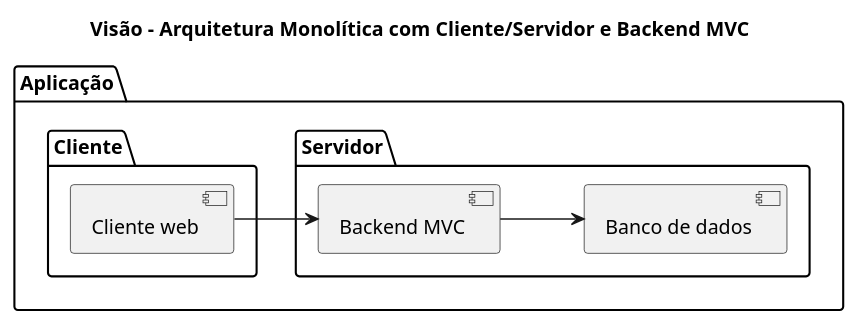
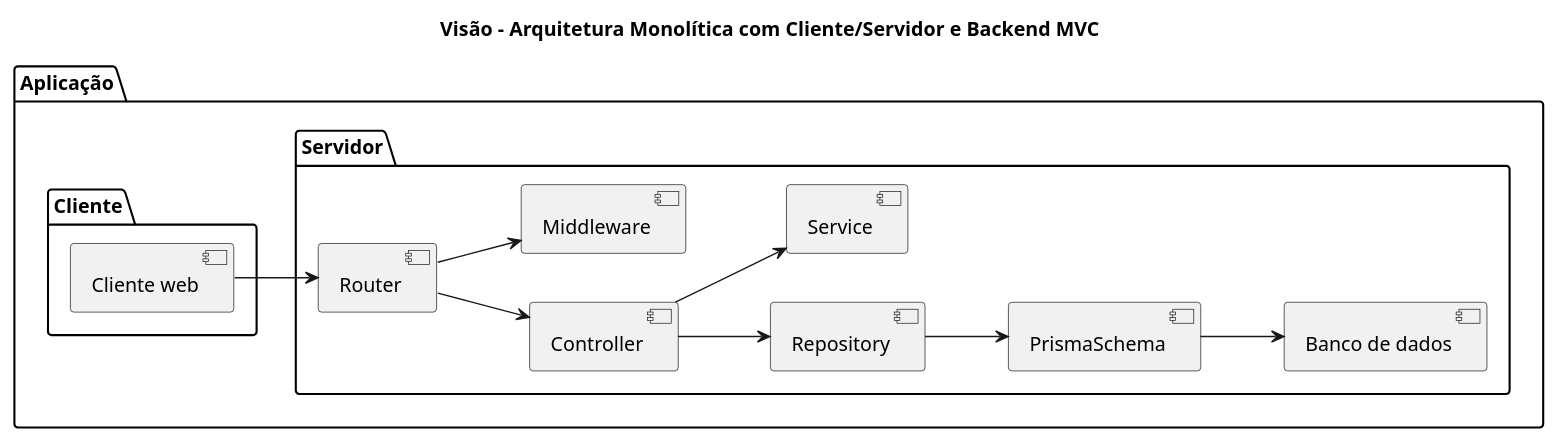
Before and after one commit to vaniacourses/projeto-software-robson-caetano: the diagram in docs/visao-arquitetural.puml, drawn with PlantUML. The commit also changed 1 other file, not shown here.

Commit message:
Adding 'visao-arquiteturial diagram'

```diff
--- a/docs/visao-arquitetural.puml
+++ b/docs/visao-arquitetural.puml
@@ -1,23 +1,29 @@
 @startuml
-
 title Visão - Arquitetura Monolítica com Cliente/Servidor e Backend MVC
 
 package "Aplicação" {
   left to right direction
 
   package "Cliente" {
     [Cliente web] as web
   }
 
   package "Servidor" {
-    [Backend MVC] as back
-
+    [Router] as r
+    [Controller] as c
+    [Repository] as rp
+    [Service] as s
+    [Middleware] as md
+    [PrismaSchema] as ps
     [Banco de dados] as db
   }
 
-  web --> back
-
-  back --> db
+  web --> r
+  r --> c
+  c --> rp
+  c --> s
+  r --> md
+  rp --> ps
+  ps --> db
 }
-
 @enduml
```
